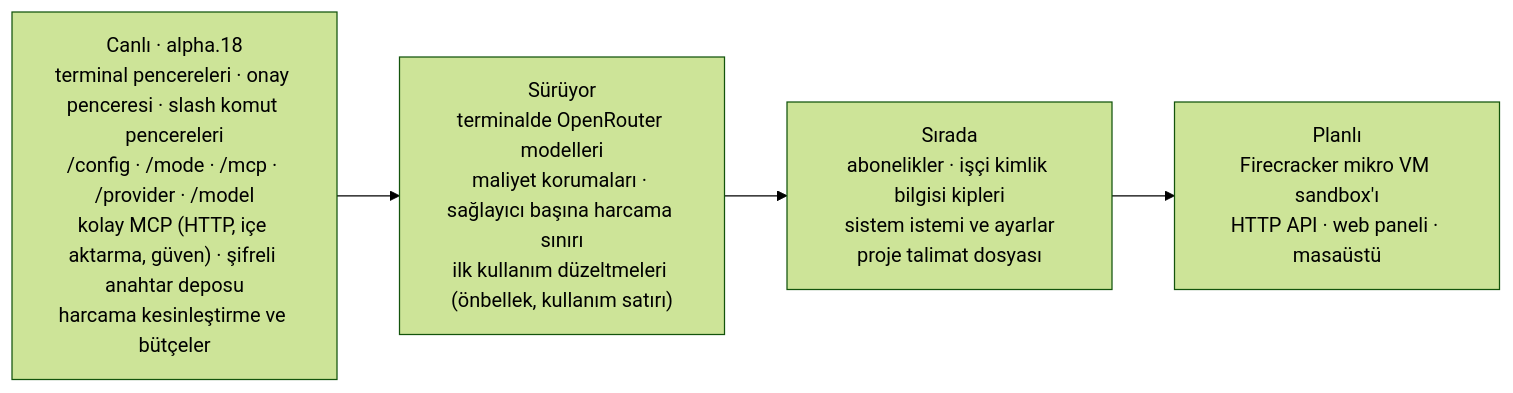
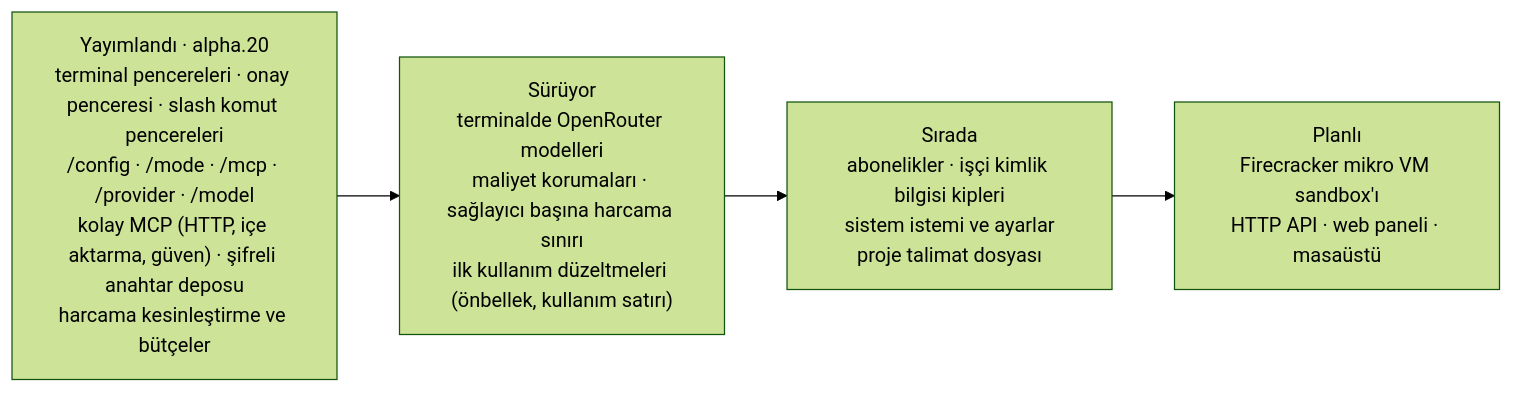
Before and after one commit to Verhex/deckent-next: the fifth of 5 diagrams in README.tr.md, drawn with Mermaid (forest theme). The commit also changed other lines of this file and 5 other files, not shown here.

````diff
--- a/README.tr.md
+++ b/README.tr.md
@@ -289,6 +289,6 @@
 ```mermaid
 flowchart LR
-  L["Canlı · alpha.18<br/>terminal pencereleri · onay penceresi · slash komut pencereleri<br/>/config · /mode · /mcp · /provider · /model<br/>kolay MCP (HTTP, içe aktarma, güven) · şifreli anahtar deposu<br/>harcama kesinleştirme ve bütçeler"] --> P["Sürüyor<br/>terminalde OpenRouter modelleri<br/>maliyet korumaları · sağlayıcı başına harcama sınırı<br/>ilk kullanım düzeltmeleri (önbellek, kullanım satırı)"]
+  L["Yayımlandı · alpha.20<br/>terminal pencereleri · onay penceresi · slash komut pencereleri<br/>/config · /mode · /mcp · /provider · /model<br/>kolay MCP (HTTP, içe aktarma, güven) · şifreli anahtar deposu<br/>harcama kesinleştirme ve bütçeler"] --> P["Sürüyor<br/>terminalde OpenRouter modelleri<br/>maliyet korumaları · sağlayıcı başına harcama sınırı<br/>ilk kullanım düzeltmeleri (önbellek, kullanım satırı)"]
   P --> N["Sırada<br/>abonelikler · işçi kimlik bilgisi kipleri<br/>sistem istemi ve ayarlar<br/>proje talimat dosyası"]
   N --> F["Planlı<br/>Firecracker mikro VM sandbox'ı<br/>HTTP API · web paneli · masaüstü"]
 ```
````
